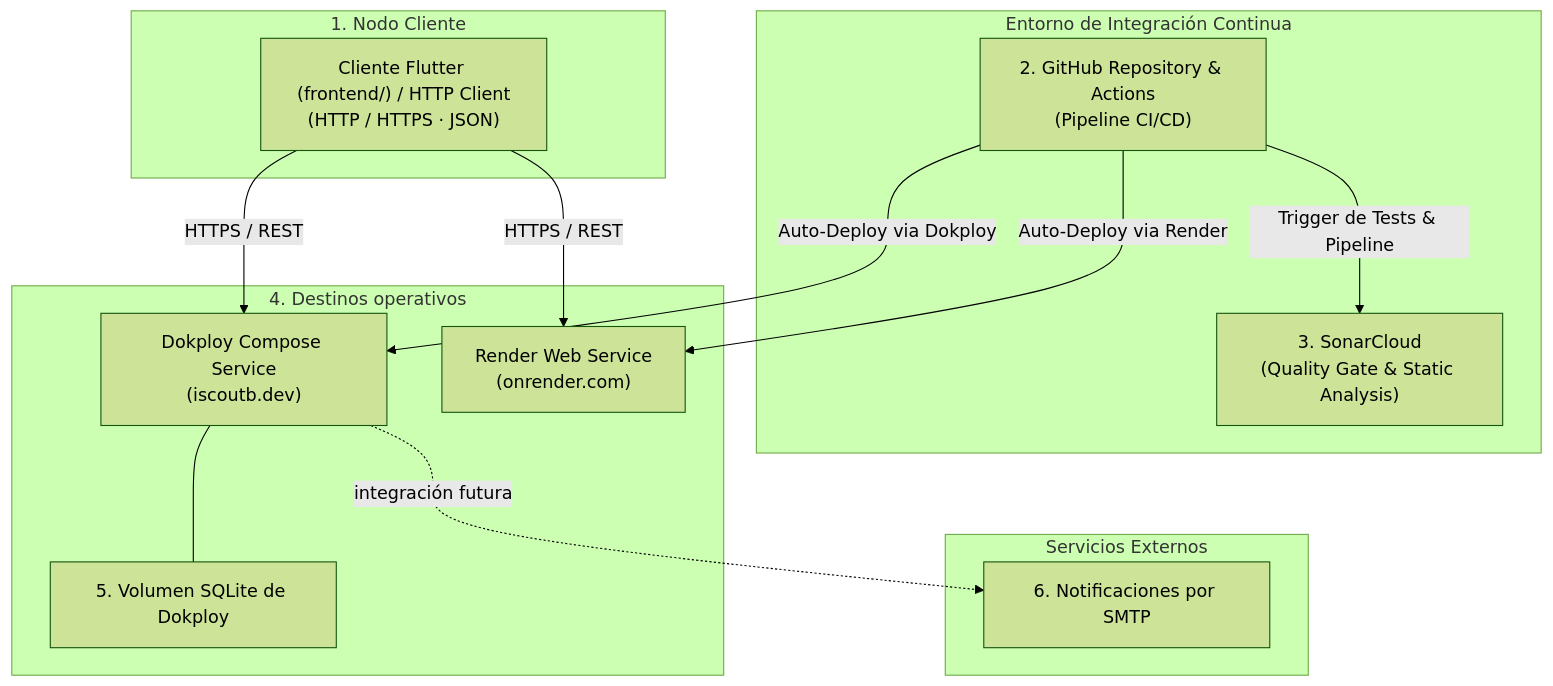
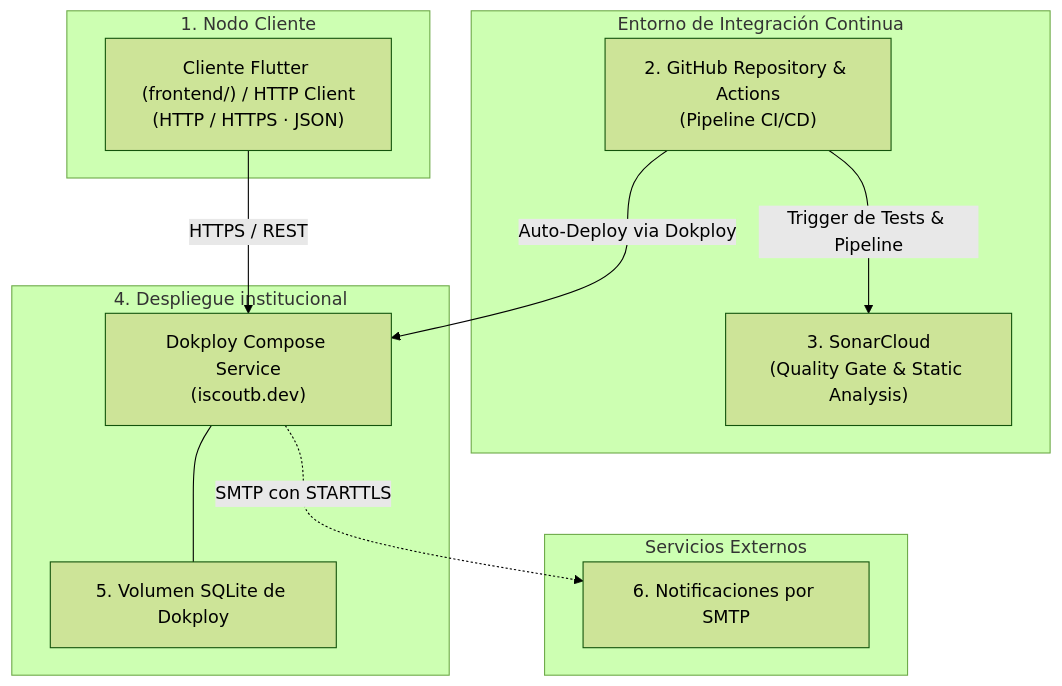
Before and after one commit to ISCOUTB/AS_202620_InvenTrack: the fifth of 7 diagrams in docs/arc42/arc42-template-EN.md, drawn with Mermaid (forest theme). The commit also changed other lines of this file and 19 other files, not shown here.

````diff
--- a/docs/arc42/arc42-template-EN.md
+++ b/docs/arc42/arc42-template-EN.md
@@ -401,29 +396,26 @@
 ```mermaid
 flowchart TD
     subgraph CLIENTE["1. Nodo Cliente"]
         USER["Cliente Flutter (frontend/) / HTTP Client<br/>(HTTP / HTTPS · JSON)"]
     end
 
     subgraph CI_CD["Entorno de Integración Continua"]
         GH["2. GitHub Repository & Actions<br/>(Pipeline CI/CD)"]
         SONAR["3. SonarCloud<br/>(Quality Gate & Static Analysis)"]
     end
 
-    subgraph DEPLOY["4. Destinos operativos"]
+    subgraph DEPLOY["4. Despliegue institucional"]
       DOKPLOY["Dokploy Compose Service<br/>(iscoutb.dev)"]
-      RENDER["Render Web Service<br/>(onrender.com)"]
       VOL["5. Volumen SQLite de Dokploy"]
     end
 
     subgraph EXTERNAL["Servicios Externos"]
         NOTIF["6. Notificaciones por SMTP"]
     end
 
     USER -->|"HTTPS / REST"| DOKPLOY
-    USER -->|"HTTPS / REST"| RENDER
     GH -->|"Trigger de Tests & Pipeline"| SONAR
     GH -->|"Auto-Deploy via Dokploy"| DOKPLOY
-    GH -->|"Auto-Deploy via Render"| RENDER
     DOKPLOY --- VOL
-    DOKPLOY -. integración futura .-> NOTIF
+    DOKPLOY -. SMTP con STARTTLS .-> NOTIF
 ```
````
